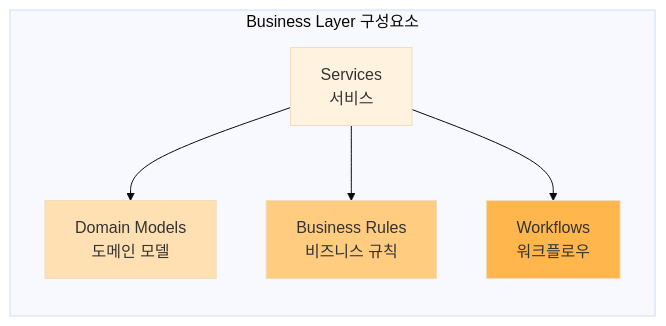
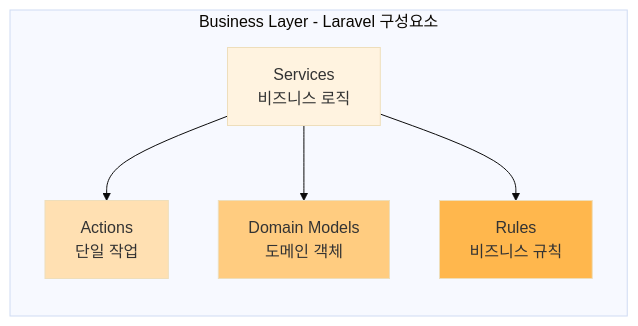
One commit to shaul1991/study-architecture changed the eighth of 22 diagrams in architecture/layered/README.md. Above: the diagram before and after it, drawn with Mermaid (base theme). The commit also changed other lines of this file and 1 other file, not shown here.

First line of the commit message:
refactor: 레이어드 아키텍처 문서를 Laravel 기준으로 수정

````diff
--- a/architecture/layered/README.md
+++ b/architecture/layered/README.md
@@ -275,18 +297,18 @@
 ```mermaid
 graph LR
-    subgraph "Business Layer 구성요소"
-        SVC[Services<br/>서비스]
-        DM[Domain Models<br/>도메인 모델]
-        BR[Business Rules<br/>비즈니스 규칙]
-        WF[Workflows<br/>워크플로우]
+    subgraph "Business Layer - Laravel 구성요소"
+        SVC[Services<br/>비즈니스 로직]
+        ACT[Actions<br/>단일 작업]
+        DOM[Domain Models<br/>도메인 객체]
+        RULE[Rules<br/>비즈니스 규칙]
     end
 
-    SVC --> DM
-    SVC --> BR
-    SVC --> WF
+    SVC --> ACT
+    SVC --> DOM
+    SVC --> RULE
 
     style SVC fill:#fff3e0
-    style DM fill:#ffe0b2
-    style BR fill:#ffcc80
-    style WF fill:#ffb74d
+    style ACT fill:#ffe0b2
+    style DOM fill:#ffcc80
+    style RULE fill:#ffb74d
 ```
````
